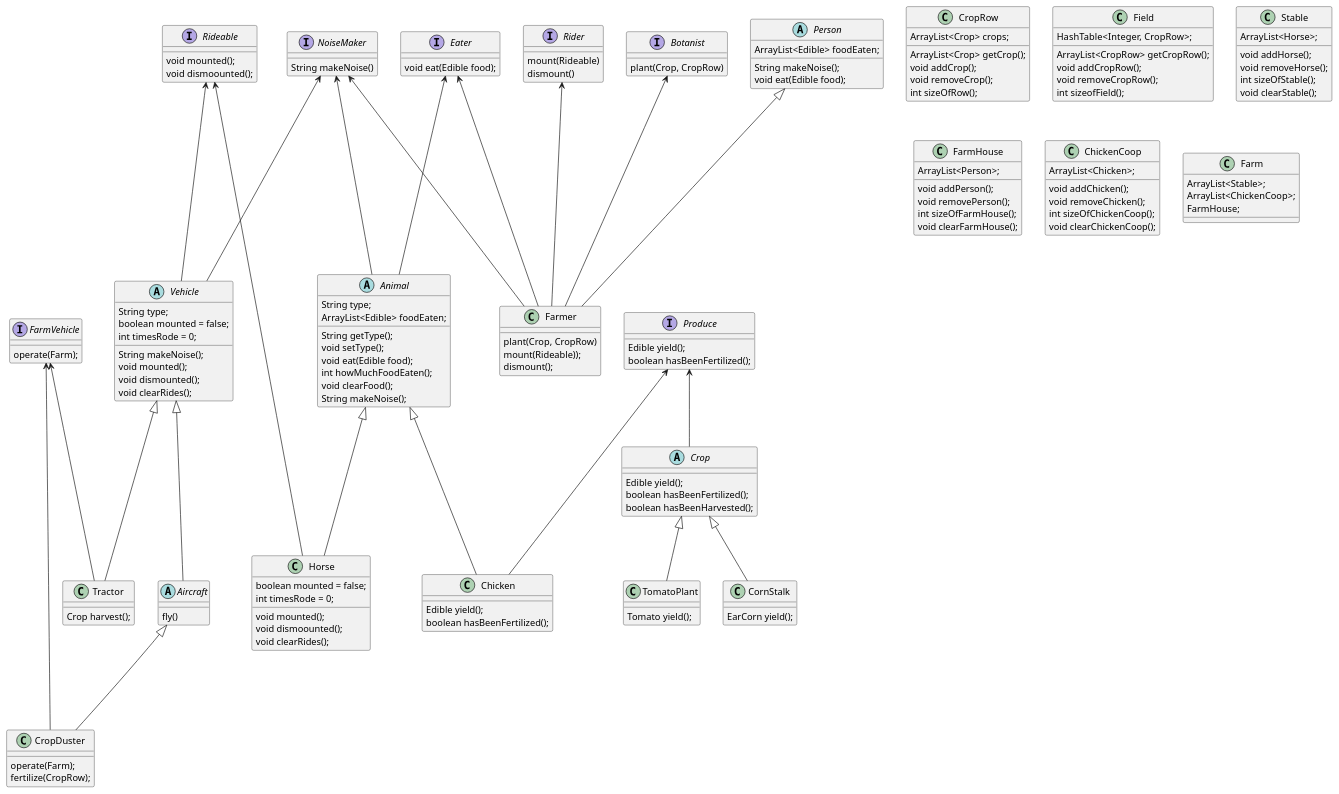
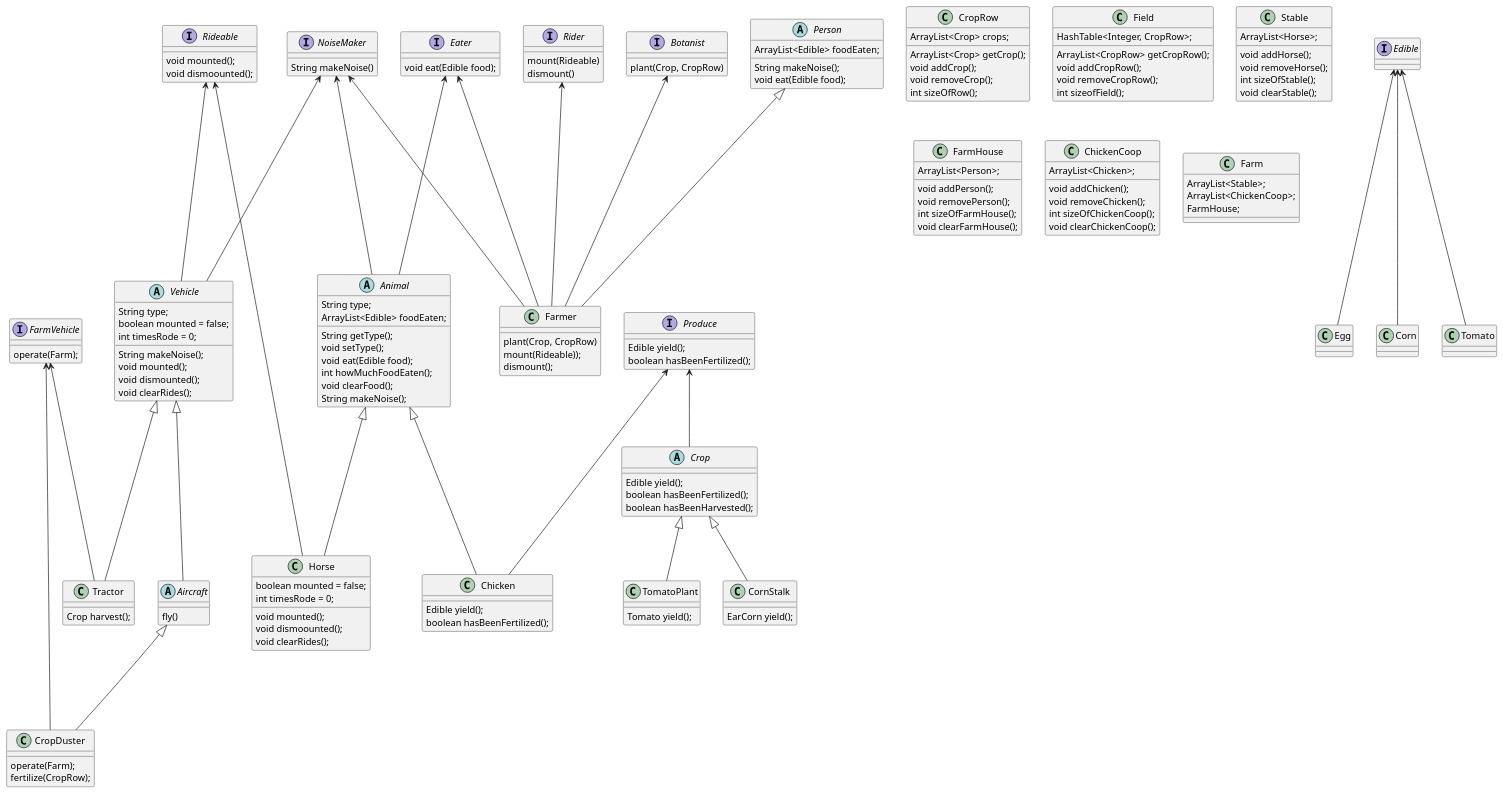
Before and after one commit to xyuan04/Maven.FarmerFroilan: the diagram in FroliansFarmUML.puml, drawn with PlantUML.

Commit message:
updated UML

```diff
--- a/FroliansFarmUML.puml
+++ b/FroliansFarmUML.puml
@@ -10,6 +10,9 @@
 int howMuchFoodEaten();
 void clearFood();
 String makeNoise();
+}
+
+interface Edible {
 }
 
 interface Eater {
@@ -51,6 +54,9 @@
 class Chicken {
 Edible yield();
 boolean hasBeenFertilized();
+}
+
+class Egg {
 }
 
 interface Rideable {
@@ -159,6 +165,11 @@
 FarmHouse;
 }
 
+class Corn {}
+
+class Tomato {}
+
+
 Eater <--- Animal
 NoiseMaker <--- Animal
 
@@ -179,6 +190,10 @@
 FarmVehicle <- CropDuster
 Aircraft <|--- CropDuster
 
+Edible <--- Egg
+Edible <--- Tomato
+Edible <--- Corn
+
 Produce <-- Crop
 
 Crop <|-- CornStalk
```
